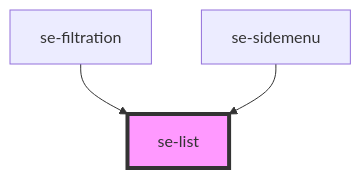
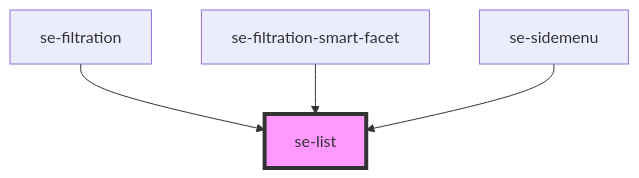
Before and after one commit to robbiemcmullense/se-web-ui: the diagram in libs/core/src/components/list/readme.md, drawn with Mermaid. The commit also changed other lines of this file and 87 other files, not shown here.

First line of the commit message:
Filtration smart (#486)

````diff
--- a/libs/core/src/components/list/readme.md
+++ b/libs/core/src/components/list/readme.md
@@ -41,6 +42,7 @@
 ```mermaid
 graph TD;
   se-filtration --> se-list
+  se-filtration-smart-facet --> se-list
   se-sidemenu --> se-list
   style se-list fill:#f9f,stroke:#333,stroke-width:4px
 ```
````
